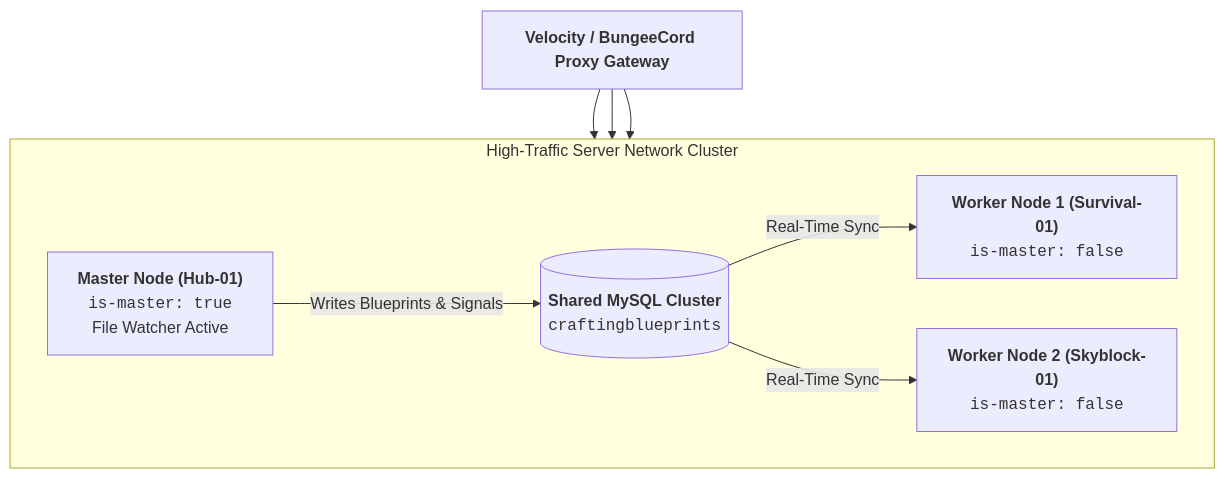
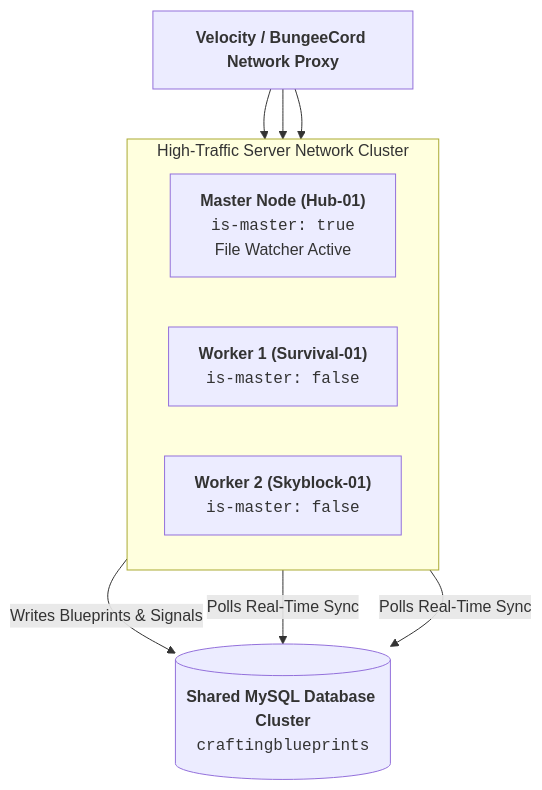
One commit to XZtotal/CraftingBlueprints-Wiki changed the first of 3 diagrams in docs/storage/mysql-network-sync.md. Above: the diagram before and after it, drawn with Mermaid. The commit also changed 31 other files, not shown here.

Commit message:
style(docs): optimize diagram proportions, center all diagrams, and fix table padding

````diff
--- a/docs/storage/mysql-network-sync.md
+++ b/docs/storage/mysql-network-sync.md
@@ -11,20 +11,18 @@
 ```mermaid
 flowchart TD
-    Proxy["<b>Velocity / BungeeCord Proxy Gateway</b>"]
+    Proxy["<b>Velocity / BungeeCord Network Proxy</b>"]
 
-    subgraph Cluster["High-Traffic Server Network Cluster"]
+    subgraph Nodes["High-Traffic Server Network Cluster"]
         direction LR
         Hub["<b>Master Node (Hub-01)</b><br/><code>is-master: true</code><br/>File Watcher Active"]
-        DB[("<b>Shared MySQL Cluster</b><br/><code>craftingblueprints</code>")]
-        Surv["<b>Worker Node 1 (Survival-01)</b><br/><code>is-master: false</code>"]
-        Sky["<b>Worker Node 2 (Skyblock-01)</b><br/><code>is-master: false</code>"]
-
-        Hub -->|Writes Blueprints &amp; Signals| DB
-        DB -->|Real-Time Sync| Surv
-        DB -->|Real-Time Sync| Sky
+        Surv["<b>Worker 1 (Survival-01)</b><br/><code>is-master: false</code>"]
+        Sky["<b>Worker 2 (Skyblock-01)</b><br/><code>is-master: false</code>"]
     end
 
-    Proxy --> Hub
-    Proxy --> Surv
-    Proxy --> Sky
+    DB[("<b>Shared MySQL Database Cluster</b><br/><code>craftingblueprints</code>")]
+
+    Proxy --> Hub & Surv & Sky
+    Hub -->|Writes Blueprints & Signals| DB
+    Surv -->|Polls Real-Time Sync| DB
+    Sky -->|Polls Real-Time Sync| DB
 ```
````
